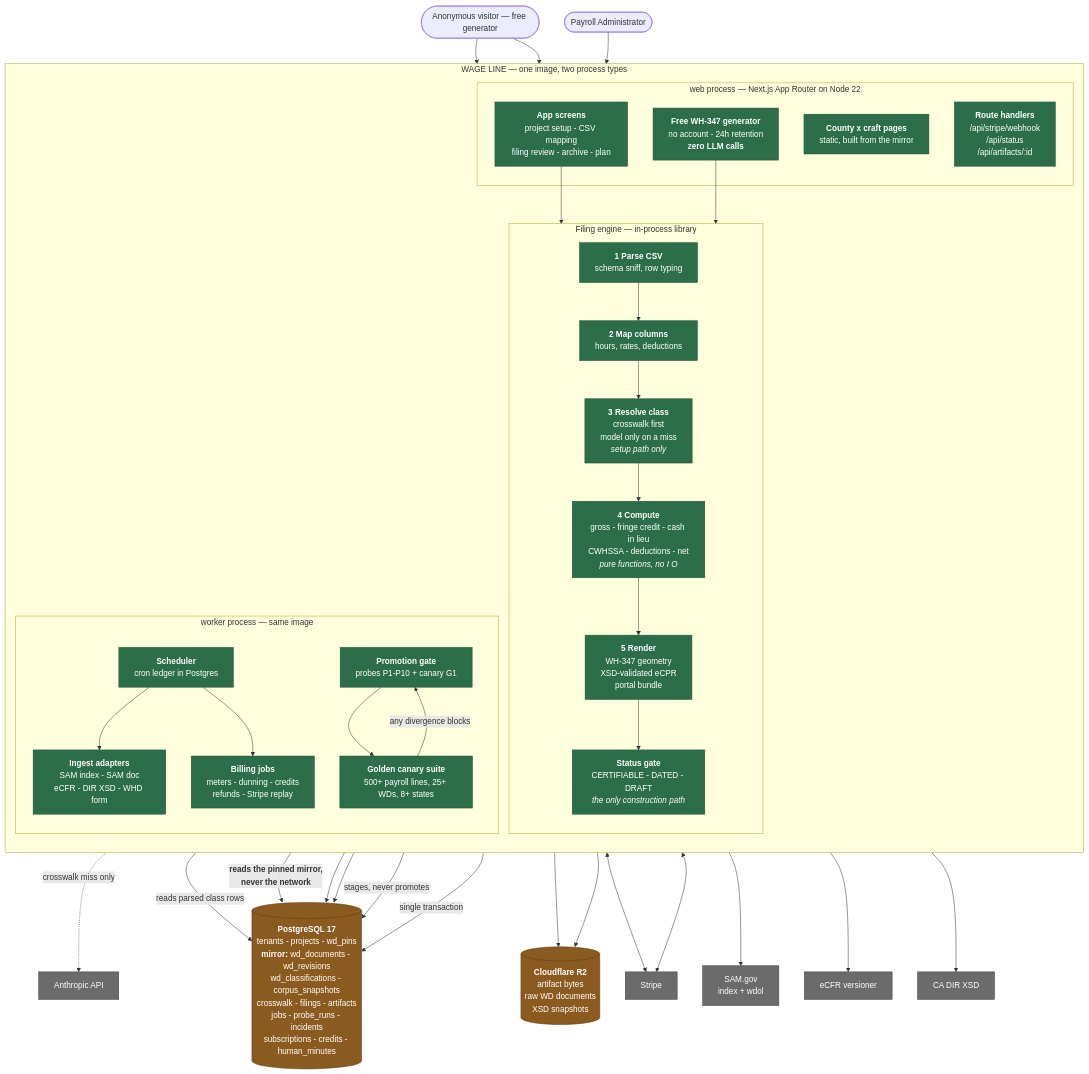
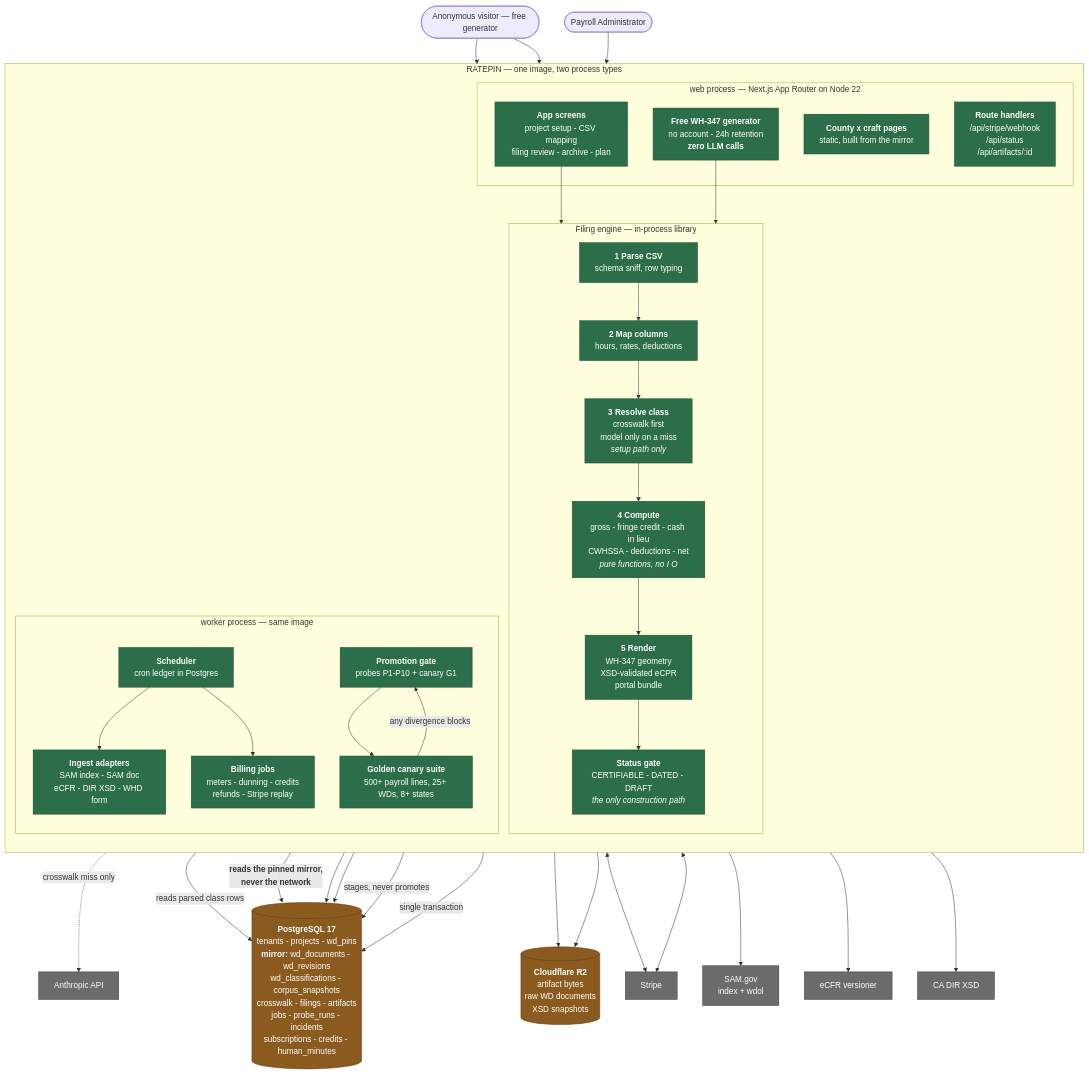
One commit to ozore/Octopus changed the second of 6 diagrams in run-2/phase-2-build/architecture/ARCHITECTURE.md. Above: the diagram before and after it, drawn with Mermaid. The commit also changed other lines of this file and 8 other files, not shown here.

````diff
--- a/run-2/phase-2-build/architecture/ARCHITECTURE.md
+++ b/run-2/phase-2-build/architecture/ARCHITECTURE.md
@@ -275,76 +309,76 @@
 ```mermaid
 flowchart TB
     user(["Payroll Administrator"])
     anon(["Anonymous visitor — free generator"])
 
-    subgraph wl["WAGE LINE — one image, two process types"]
+    subgraph wl["RATEPIN — one image, two process types"]
         direction TB
 
         subgraph web["web process — Next.js App Router on Node 22"]
             pages["<b>App screens</b><br/>project setup - CSV mapping<br/>filing review - archive - plan"]
             free["<b>Free WH-347 generator</b><br/>no account - 24h retention<br/><b>zero LLM calls</b>"]
             prog["<b>County x craft pages</b><br/>static, built from the mirror"]
             routes["<b>Route handlers</b><br/>/api/stripe/webhook<br/>/api/status<br/>/api/artifacts/:id"]
         end
 
         subgraph engine["Filing engine — in-process library"]
             parse["<b>1 Parse CSV</b><br/>schema sniff, row typing"]
             map["<b>2 Map columns</b><br/>hours, rates, deductions"]
             resolve["<b>3 Resolve class</b><br/>crosswalk first<br/>model only on a miss<br/><i>setup path only</i>"]
             calc["<b>4 Compute</b><br/>gross - fringe credit - cash in lieu<br/>CWHSSA - deductions - net<br/><i>pure functions, no I O</i>"]
             render["<b>5 Render</b><br/>WH-347 geometry<br/>XSD-validated eCPR<br/>portal bundle"]
             status["<b>Status gate</b><br/>CERTIFIABLE - DATED - DRAFT<br/><i>the only construction path</i>"]
         end
 
         subgraph worker["worker process — same image"]
             sched["<b>Scheduler</b><br/>cron ledger in Postgres"]
             ing["<b>Ingest adapters</b><br/>SAM index - SAM doc<br/>eCFR - DIR XSD - WHD form"]
             promo["<b>Promotion gate</b><br/>probes P1-P10 + canary G1"]
             canary["<b>Golden canary suite</b><br/>500+ payroll lines, 25+ WDs, 8+ states"]
             dun["<b>Billing jobs</b><br/>meters - dunning - credits<br/>refunds - Stripe replay"]
         end
     end
 
     db[("<b>PostgreSQL 17</b><br/>tenants - projects - wd_pins<br/><b>mirror:</b> wd_documents - wd_revisions<br/>wd_classifications - corpus_snapshots<br/>crosswalk - filings - artifacts<br/>jobs - probe_runs - incidents<br/>subscriptions - credits - human_minutes")]
     r2[("<b>Cloudflare R2</b><br/>artifact bytes<br/>raw WD documents<br/>XSD snapshots")]
 
     sam["SAM.gov<br/>index + wdol"]
     ecfr["eCFR versioner"]
     dir["CA DIR XSD"]
     ant["Anthropic API"]
     stripe["Stripe"]
 
     anon --> free
     anon --> prog
     user --> pages
     pages --> engine
     free --> engine
     parse --> map --> resolve --> calc --> render --> status
 
     resolve -.->|"crosswalk miss only"| ant
     resolve -->|"reads parsed class rows"| db
     calc -->|"<b>reads the pinned mirror,<br/>never the network</b>"| db
     render --> r2
     status --> db
 
     routes <--> stripe
     routes --> db
     sched --> ing
     ing -->|"stages, never promotes"| db
     ing --> sam
     ing --> ecfr
     ing --> dir
     ing --> r2
     promo --> canary
     canary -->|"any divergence blocks"| promo
     promo -->|"single transaction"| db
     sched --> dun
     dun <--> stripe
 
     classDef proc fill:#2c6e49,stroke:#194d31,color:#fff
     classDef store fill:#8b5a1f,stroke:#5c3c14,color:#fff
     classDef ext fill:#6b6b6b,stroke:#3d3d3d,color:#fff
     class pages,free,prog,routes,parse,map,resolve,calc,render,status,sched,ing,promo,canary,dun proc
     class db,r2 store
     class sam,ecfr,dir,ant,stripe ext
 ```
````
